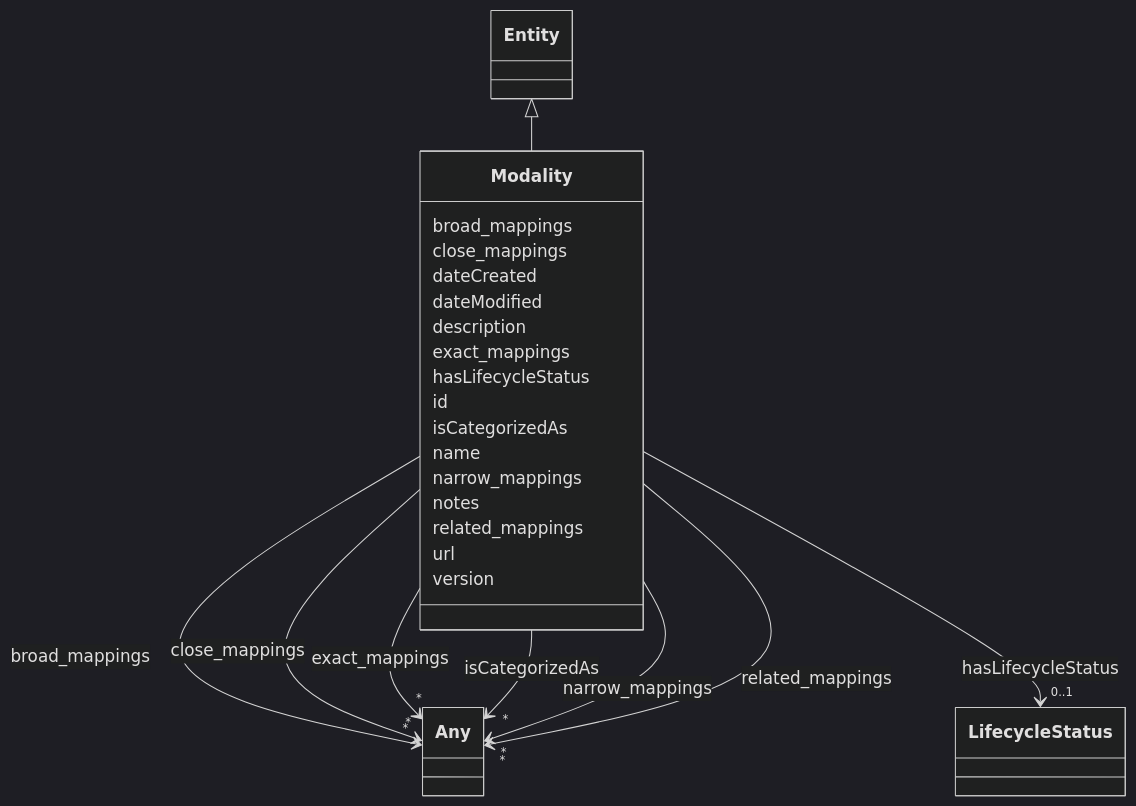
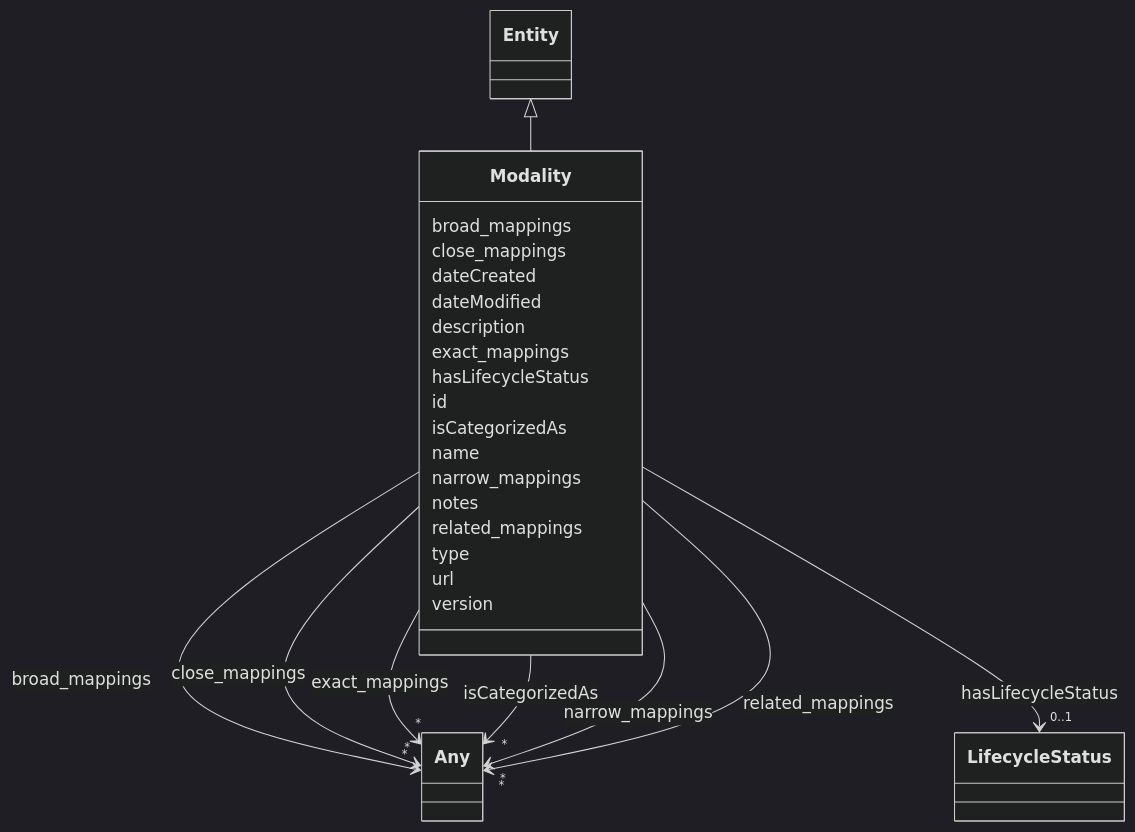
Before and after one commit to IBM/ai-atlas-nexus: the diagram in docs/ontology/Modality.md, drawn with Mermaid (dark theme). The commit also changed other lines of this file and 151 other files, not shown here.

```diff
--- a/docs/ontology/Modality.md
+++ b/docs/ontology/Modality.md
@@ -107,6 +107,8 @@
 
 
 
+      Modality : type
+
       Modality : url
 
       Modality : version
```
